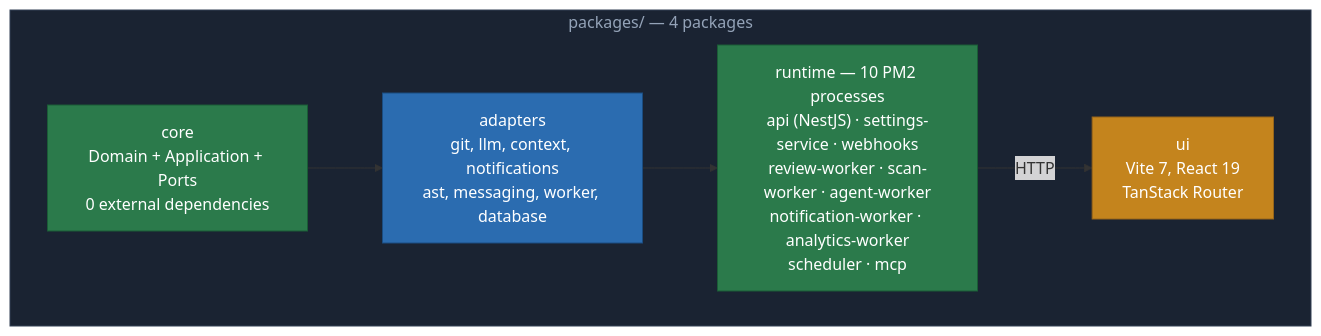
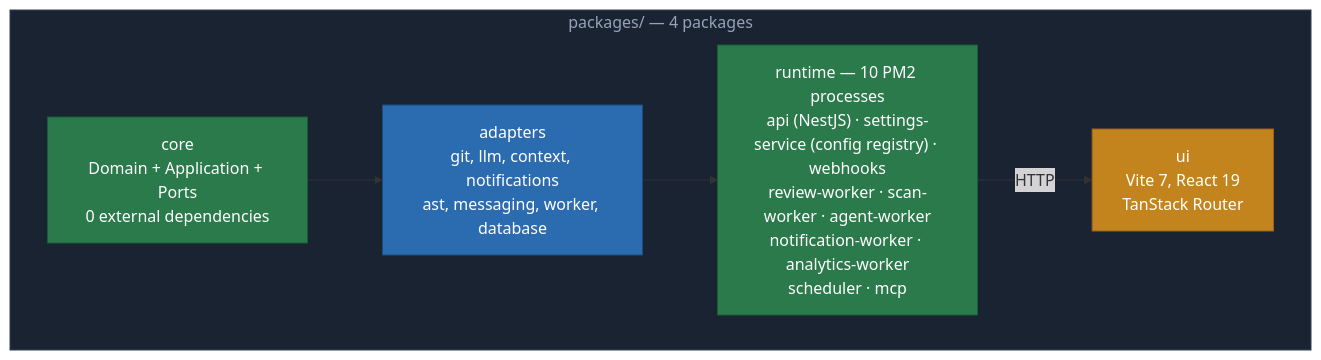
The second of 5 diagrams in README.md (imfozilbek/codenautic), drawn with Mermaid before and after one commit. The commit also changed other lines of this file and 13 other files, not shown here.

First line of the commit message:
refactor(runtime): move default config data into settings-service and align config endpoints docs

````diff
--- a/README.md
+++ b/README.md
@@ -101,22 +101,22 @@
 ```mermaid
 flowchart TD
     subgraph packages["packages/ — 4 packages"]
         CORE["core\nDomain + Application + Ports\n0 external dependencies"]
 
         INFRA["adapters\ngit, llm, context, notifications\nast, messaging, worker, database"]
 
-        SERVER["runtime — 10 PM2 processes\napi (NestJS) · settings-service · webhooks\nreview-worker · scan-worker · agent-worker\nnotification-worker · analytics-worker\nscheduler · mcp"]
+        SERVER["runtime — 10 PM2 processes\napi (NestJS) · settings-service (config registry) · webhooks\nreview-worker · scan-worker · agent-worker\nnotification-worker · analytics-worker\nscheduler · mcp"]
 
         WEB["ui\nVite 7, React 19\nTanStack Router"]
     end
 
     CORE --> INFRA
     INFRA --> SERVER
     SERVER -->|"HTTP"| WEB
 
     style packages fill:#1a2332,stroke:#334155,color:#94a3b8
     style CORE fill:#2b7a4b,stroke:#1a5c36,color:#fff
     style INFRA fill:#2b6cb0,stroke:#1a4c80,color:#fff
     style SERVER fill:#2b7a4b,stroke:#1a5c36,color:#fff
     style WEB fill:#c4841d,stroke:#96651a,color:#fff
 ```
````
